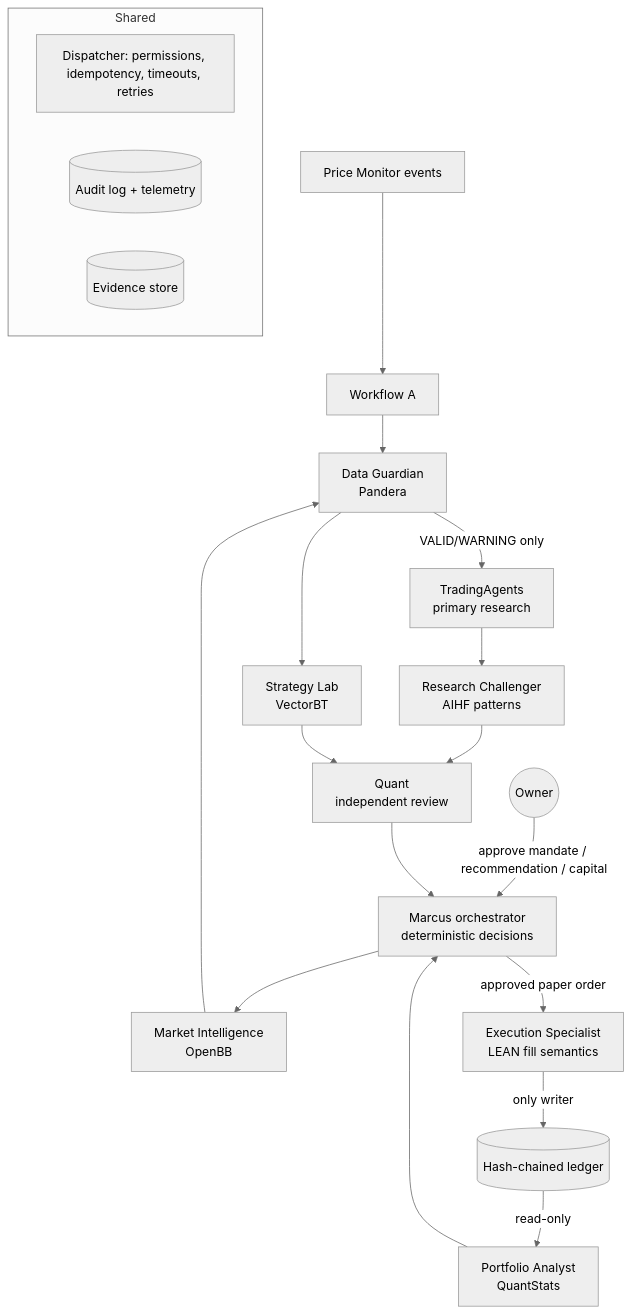
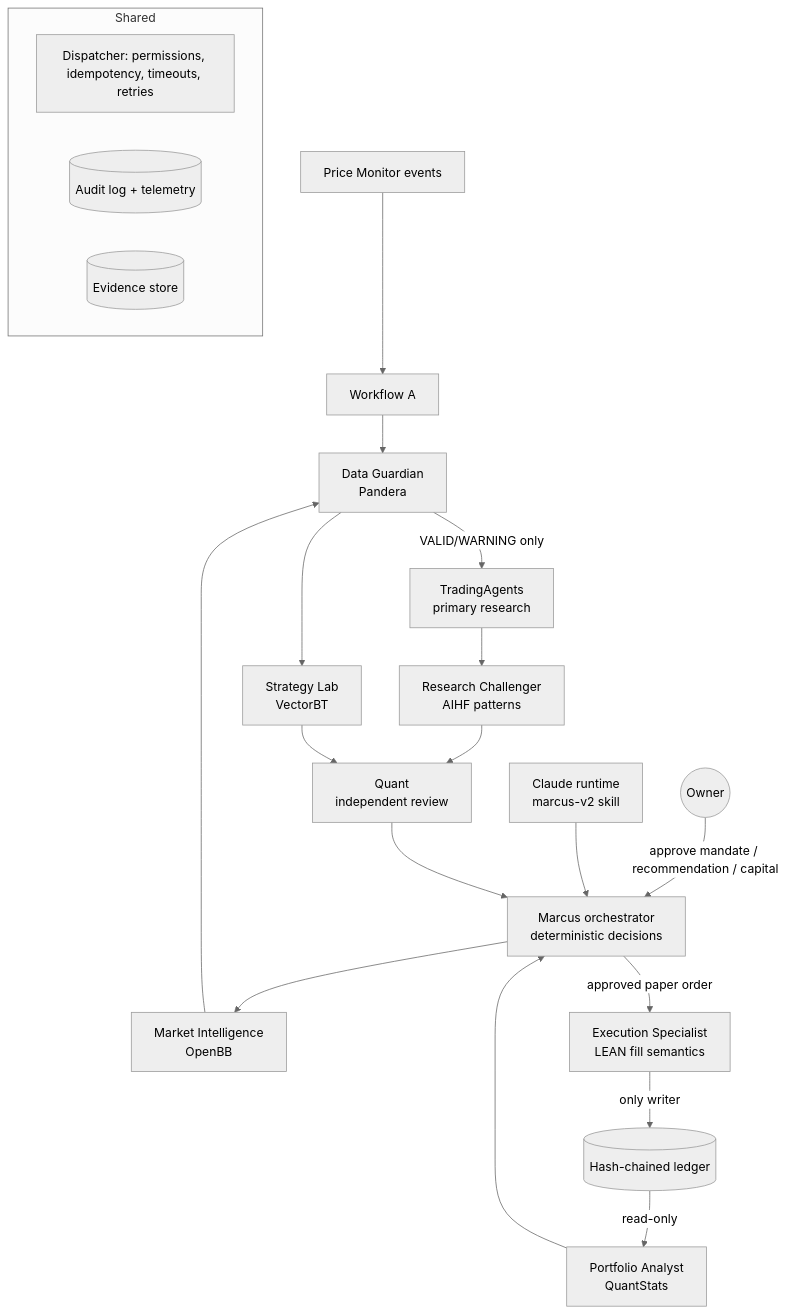
The second of 2 diagrams in docs/marcus_v2/architecture.md (eddiepiper/smart-portfolio-mcp), drawn with Mermaid (neutral theme) before and after one commit. The commit also changed other lines of this file and 18 other files, not shown here.

First line of the commit message:
Marcus V2: apply owner decisions — S$500 original capital to S$20,000; Claude runtime

````diff
--- a/docs/marcus_v2/architecture.md
+++ b/docs/marcus_v2/architecture.md
@@ -19,23 +19,24 @@
 ```mermaid
 flowchart TD
   PM[Price Monitor events] --> A[Workflow A]
   A --> DG
   Owner((Owner)) -->|approve mandate / recommendation / capital| Marcus
+  Claude[Claude runtime<br/>marcus-v2 skill] --> Marcus
   Marcus[Marcus orchestrator<br/>deterministic decisions] --> MI[Market Intelligence<br/>OpenBB]
   MI --> DG[Data Guardian<br/>Pandera]
   DG -->|VALID/WARNING only| TA[TradingAgents<br/>primary research]
   TA --> RC[Research Challenger<br/>AIHF patterns]
   DG --> SL[Strategy Lab<br/>VectorBT]
   RC --> Q[Quant<br/>independent review]
   SL --> Q
   Q --> Marcus
   Marcus -->|approved paper order| EX[Execution Specialist<br/>LEAN fill semantics]
   EX -->|only writer| L[(Hash-chained ledger)]
   L -->|read-only| PA[Portfolio Analyst<br/>QuantStats]
   PA --> Marcus
   subgraph Shared
     D[Dispatcher: permissions, idempotency, timeouts, retries]
     AU[(Audit log + telemetry)]
     EV[(Evidence store)]
   end
 ```
````
